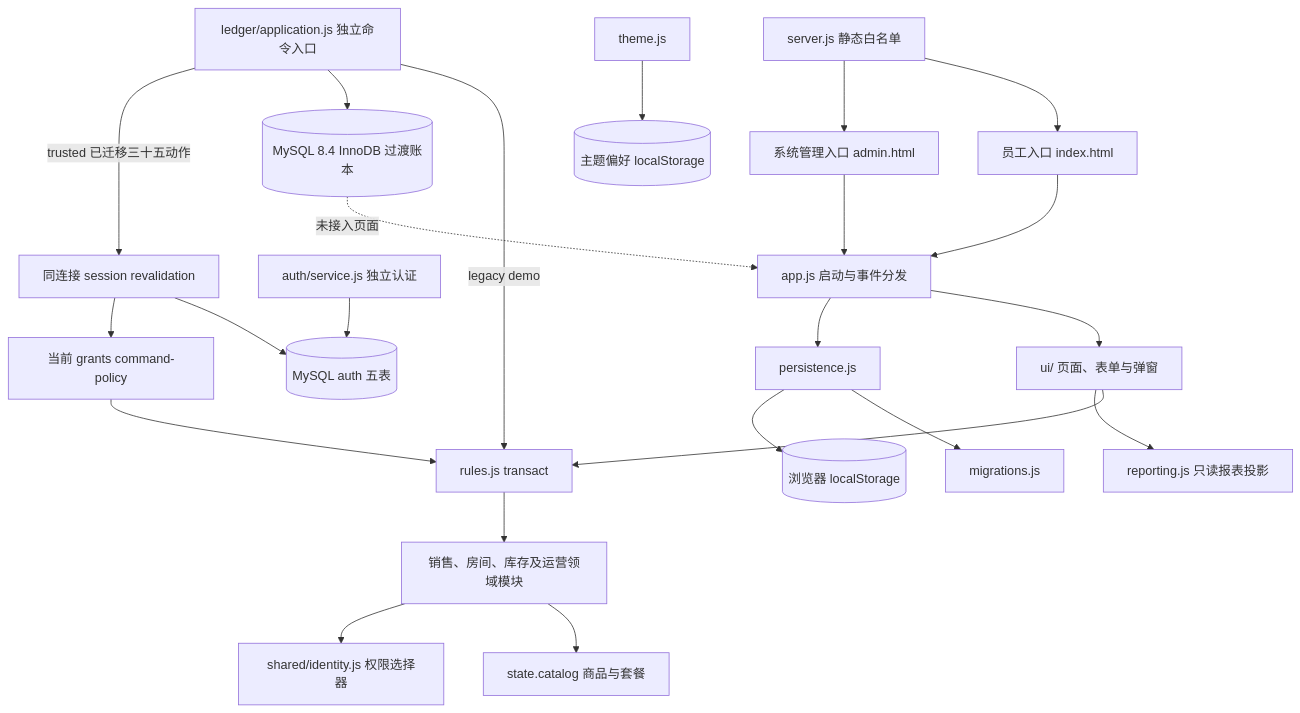
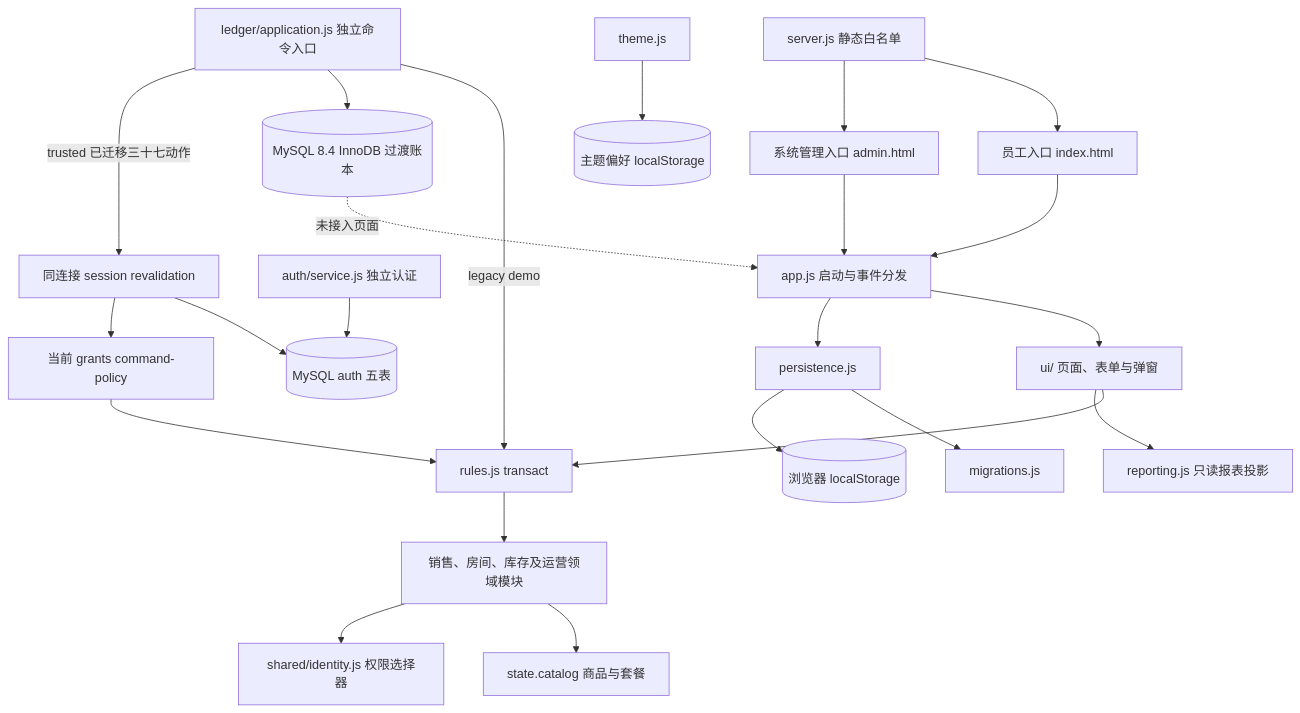
Before and after one commit to Richard-Zhuo/codex-KTV: the diagram in docs/ARCHITECTURE.md, drawn with Mermaid. The commit also changed other lines of this file and 29 other files, not shown here.

````diff
--- a/docs/ARCHITECTURE.md
+++ b/docs/ARCHITECTURE.md
@@ -7,25 +7,25 @@
 ```mermaid
 flowchart TD
   E[员工入口 index.html] --> APP[app.js 启动与事件分发]
   A[系统管理入口 admin.html] --> APP
   APP --> UI[ui/ 页面、表单与弹窗]
   APP --> P[persistence.js]
   P --> M[migrations.js]
   P --> LS[(浏览器 localStorage)]
   UI --> TX[rules.js transact]
   TX --> D[销售、房间、库存及运营领域模块]
   UI --> REP[reporting.js 只读报表投影]
   D --> C[state.catalog 商品与套餐]
   D --> ID[shared/identity.js 权限选择器]
   T[theme.js] --> PREF[(主题偏好 localStorage)]
   S[server.js 静态白名单] --> E
   S --> A
   L[ledger/application.js 独立命令入口] -->|legacy demo| TX
   L --> DB[(MySQL 8.4 InnoDB 过渡账本)]
   AUTH[auth/service.js 独立认证] --> AUTHDB[(MySQL auth 五表)]
-  L -->|trusted 已迁移三十五动作| RV[同连接 session revalidation]
+  L -->|trusted 已迁移三十七动作| RV[同连接 session revalidation]
   RV --> AUTHDB
   RV --> CP[当前 grants command-policy]
   CP --> TX
   DB -. 未接入页面 .-> APP
 ```
````
